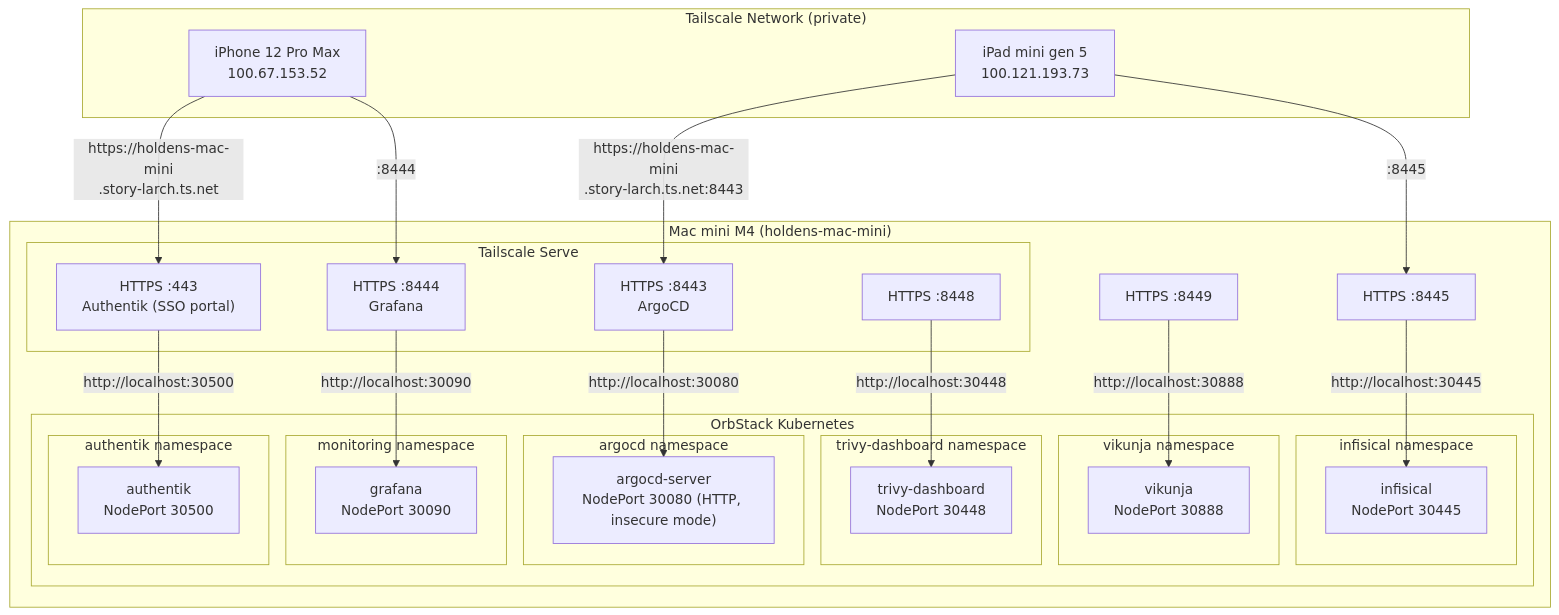
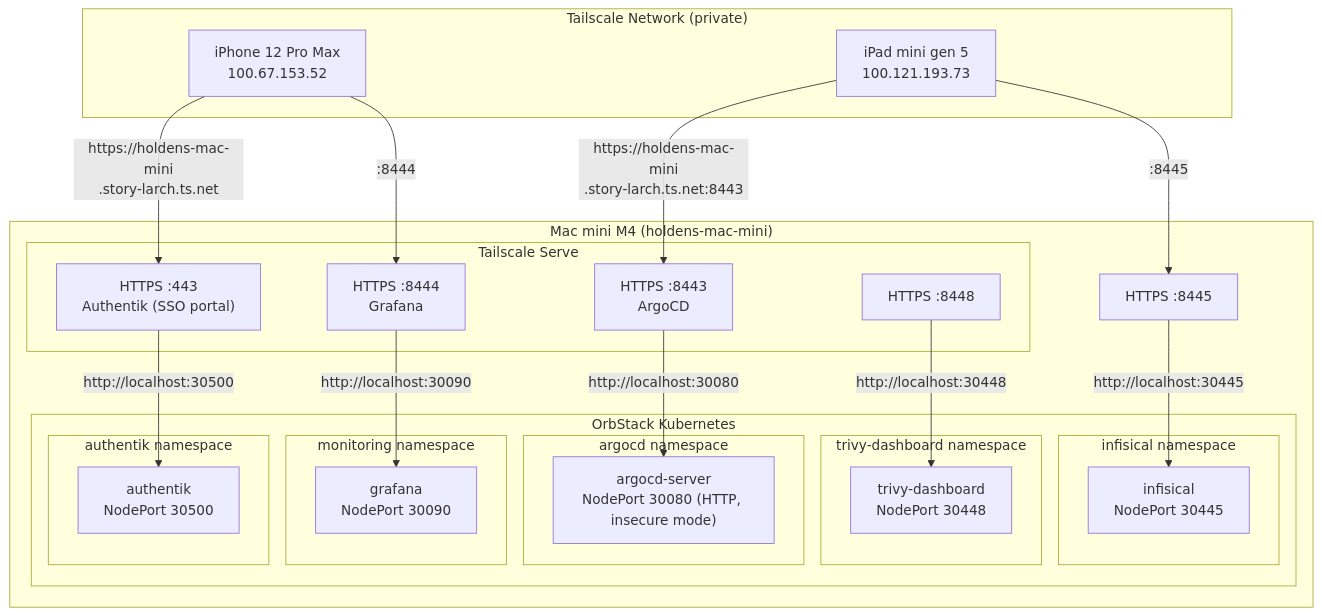
Before and after one commit to haingth77/homelab: the first of 4 diagrams in docs/infrastructure/networking.md, drawn with Mermaid. The commit also changed other lines of this file and 46 other files, not shown here.

````diff
--- a/docs/infrastructure/networking.md
+++ b/docs/infrastructure/networking.md
@@ -20,49 +20,45 @@
 ```mermaid
 flowchart TD
     subgraph tailnet["Tailscale Network (private)"]
         iPhone["iPhone 12 Pro Max\n100.67.153.52"]
         iPad["iPad mini gen 5\n100.121.193.73"]
     end
 
     subgraph mac["Mac mini M4 (holdens-mac-mini)"]
         subgraph ts["Tailscale Serve"]
             TLS443["HTTPS :443\nAuthentik (SSO portal)"]
             TLS8443["HTTPS :8443\nArgoCD"]
             TLS8444["HTTPS :8444\nGrafana"]
             TLS8448
         end
 
         subgraph orbstack["OrbStack Kubernetes"]
             subgraph authentikNs["authentik namespace"]
                 AuthentikSvc["authentik\nNodePort 30500"]
             end
             subgraph argocdNs["argocd namespace"]
                 ArgoCDSvc["argocd-server\nNodePort 30080 (HTTP, insecure mode)"]
             end
             subgraph monNs["monitoring namespace"]
                 GrafanaSvc["grafana\nNodePort 30090"]
             end
             subgraph infisicalNs["infisical namespace"]
                 InfisicalSvc["infisical\nNodePort 30445"]
             end
             subgraph trivyDashNs["trivy-dashboard namespace"]
                 TrivyDashSvc["trivy-dashboard\nNodePort 30448"]
             end
-            subgraph vikunjaNs["vikunja namespace"]
-                VikunjaSvc["vikunja\nNodePort 30888"]
-            end
         end
 
         TLS443 -- "http://localhost:30500" --> AuthentikSvc
         TLS8443 -- "http://localhost:30080" --> ArgoCDSvc
         TLS8444 -- "http://localhost:30090" --> GrafanaSvc
             TLS8445["HTTPS :8445"] -- "http://localhost:30445" --> InfisicalSvc
             TLS8448["HTTPS :8448"] -- "http://localhost:30448" --> TrivyDashSvc
-            TLS8449["HTTPS :8449"] -- "http://localhost:30888" --> VikunjaSvc
     end
 
     iPhone -- "https://holdens-mac-mini\n.story-larch.ts.net" --> TLS443
     iPad -- "https://holdens-mac-mini\n.story-larch.ts.net:8443" --> TLS8443
     iPhone -- ":8444" --> TLS8444
     iPad -- ":8445" --> TLS8445
 ```
````
